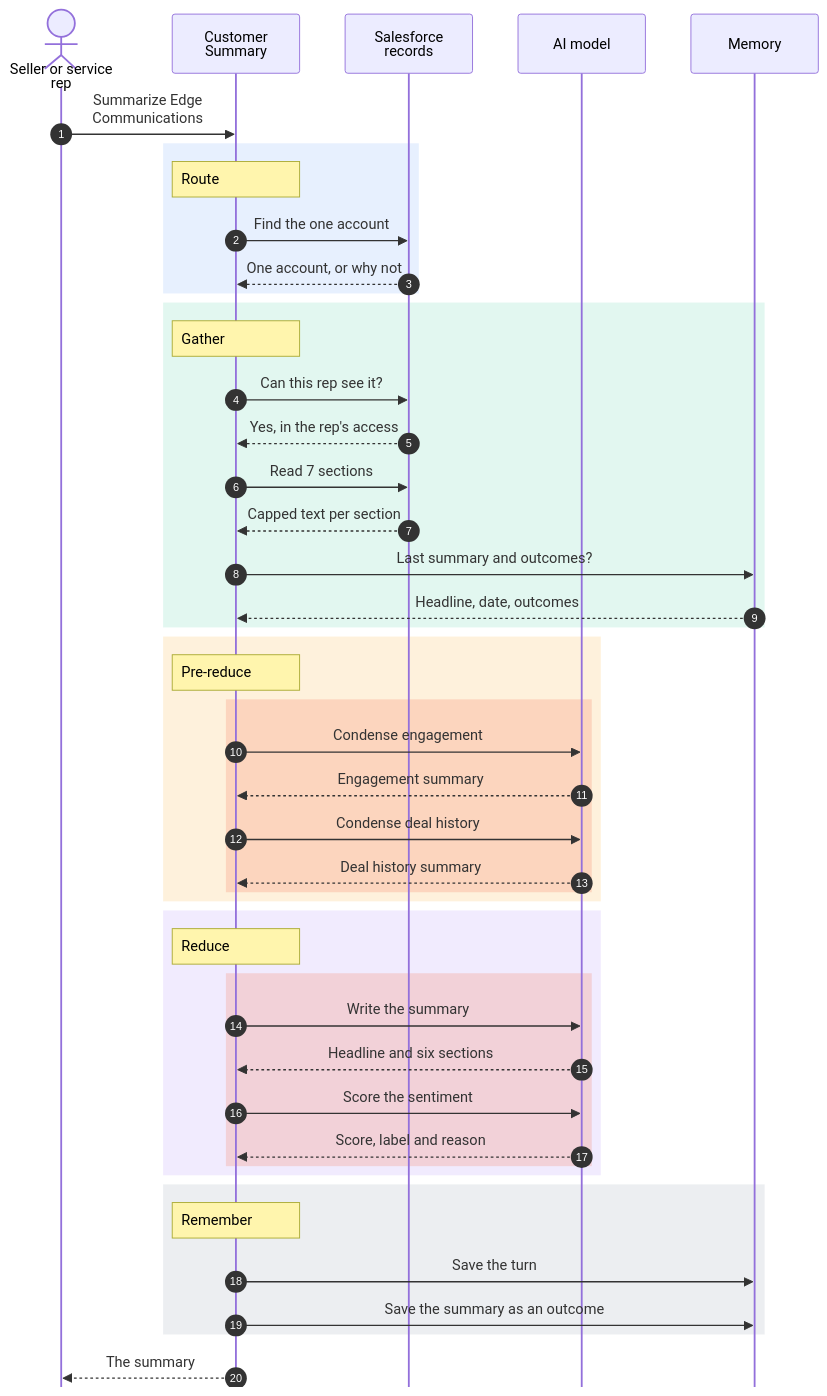
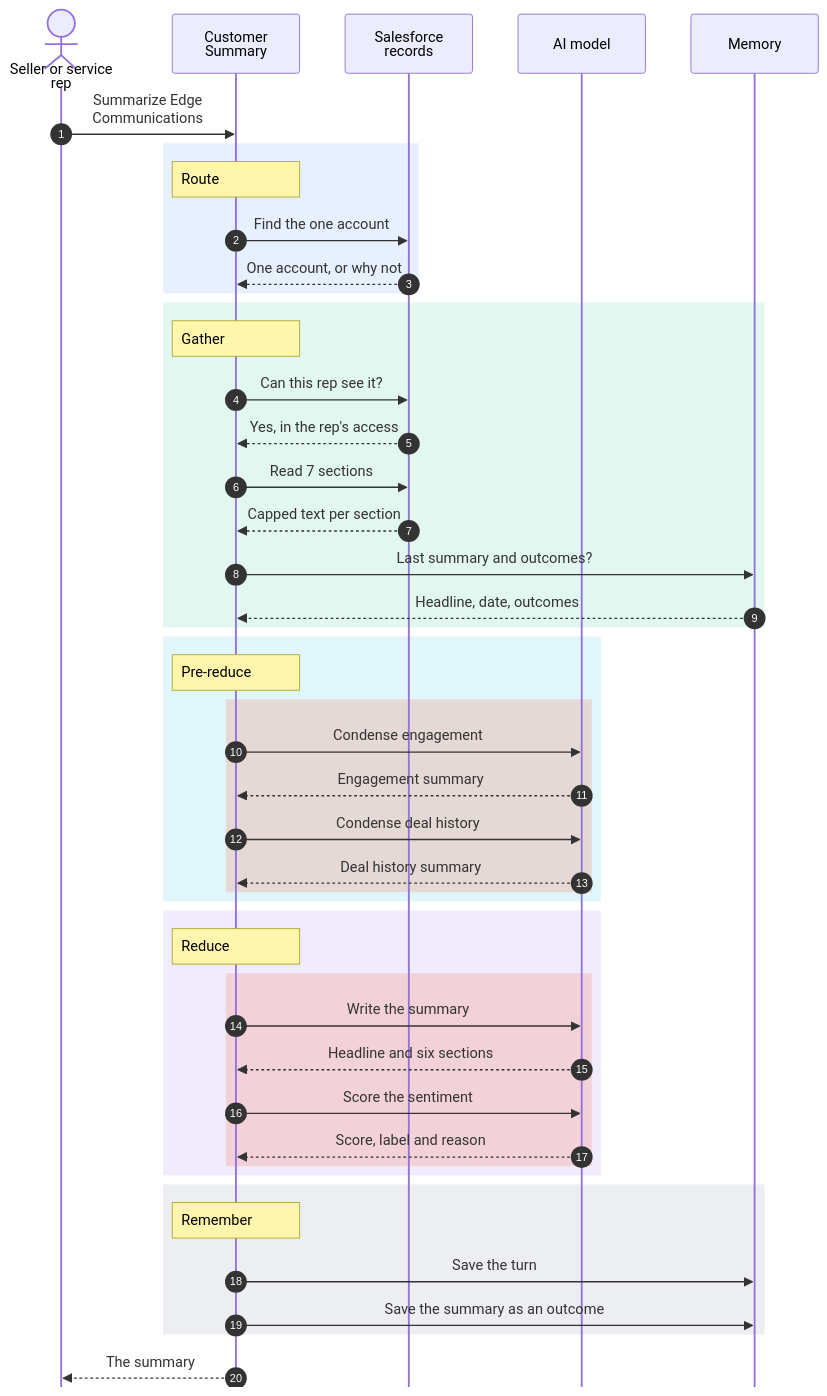
The first of 3 diagrams in docs/patterns/01-route-gather-reduce.md (nelsben/generic-agent), drawn with Mermaid before and after one commit. The commit also changed 2 other files, not shown here.

Commit message:
Diagrams: teal third phase so coral stays distinct

````diff
--- a/docs/patterns/01-route-gather-reduce.md
+++ b/docs/patterns/01-route-gather-reduce.md
@@ -54,60 +54,60 @@
 ```mermaid
 ---
 config:
   themeCSS: ".note { fill: #334155 !important; stroke: none !important; } .noteText, .noteText tspan { fill: #FFFFFF !important; font-weight: 600 !important; letter-spacing: 0.04em; }"
   sequence:
     mirrorActors: false
     actorMargin: 50
     width: 140
     messageMargin: 40
     boxMargin: 10
     noteAlign: left
     wrap: true
 ---
 sequenceDiagram
     autonumber
     actor Rep as Seller or service rep
     participant App as Customer Summary
     participant Data as Salesforce records
     participant AI as AI model
     participant Mem as Memory
     Rep->>App: Summarize Edge Communications
     rect rgba(59, 130, 246, 0.12)
         Note over App: Route
         App->>Data: Find the one account
         Data-->>App: One account, or why not
     end
     rect rgba(16, 185, 129, 0.12)
         Note over App: Gather
         App->>Data: Can this rep see it?
         Data-->>App: Yes, in the rep's access
         App->>Data: Read 7 sections
         Data-->>App: Capped text per section
         App->>Mem: Last summary and outcomes?
         Mem-->>App: Headline, date, outcomes
     end
-    rect rgba(245, 158, 11, 0.14)
+    rect rgba(6, 182, 212, 0.12)
         Note over App: Pre-reduce
         rect rgba(244, 114, 82, 0.22)
             App->>AI: Condense engagement
             AI-->>App: Engagement summary
             App->>AI: Condense deal history
             AI-->>App: Deal history summary
         end
     end
     rect rgba(139, 92, 246, 0.12)
         Note over App: Reduce
         rect rgba(244, 114, 82, 0.22)
             App->>AI: Write the summary
             AI-->>App: Headline and six sections
             App->>AI: Score the sentiment
             AI-->>App: Score, label and reason
         end
     end
     rect rgba(100, 116, 139, 0.12)
         Note over App: Remember
         App->>Mem: Save the turn
         App->>Mem: Save the summary as an outcome
     end
     App-->>Rep: The summary
 ```
````
